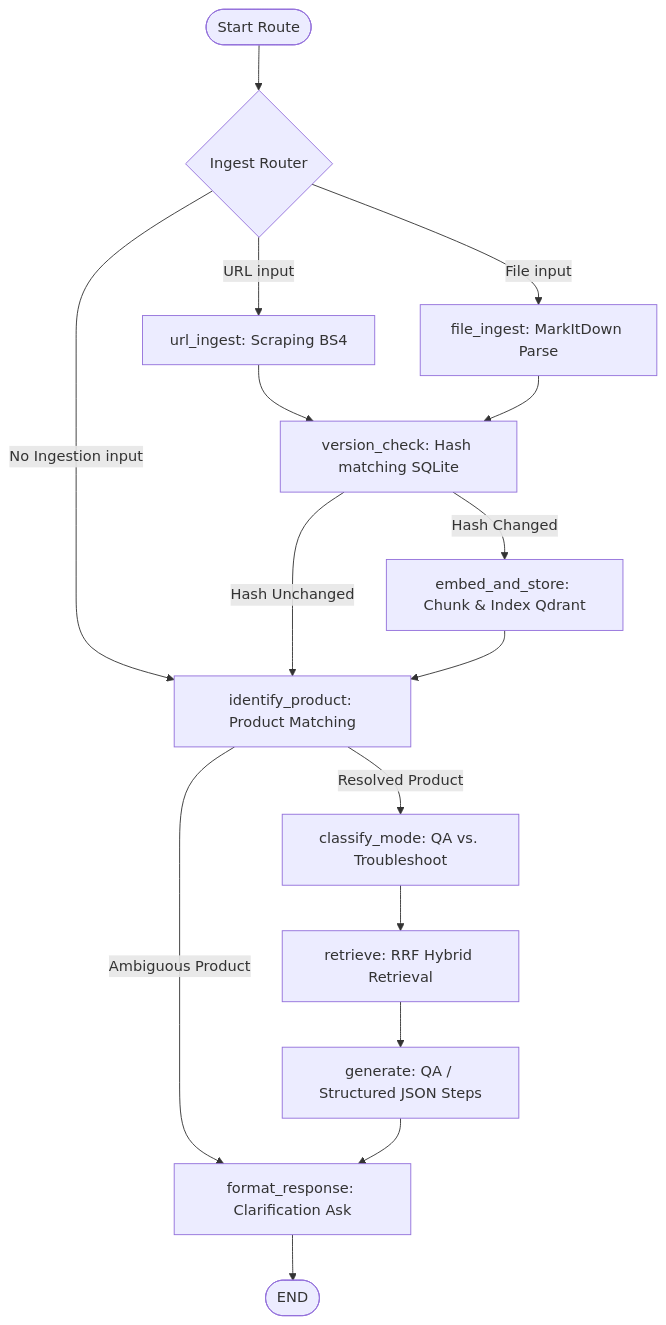
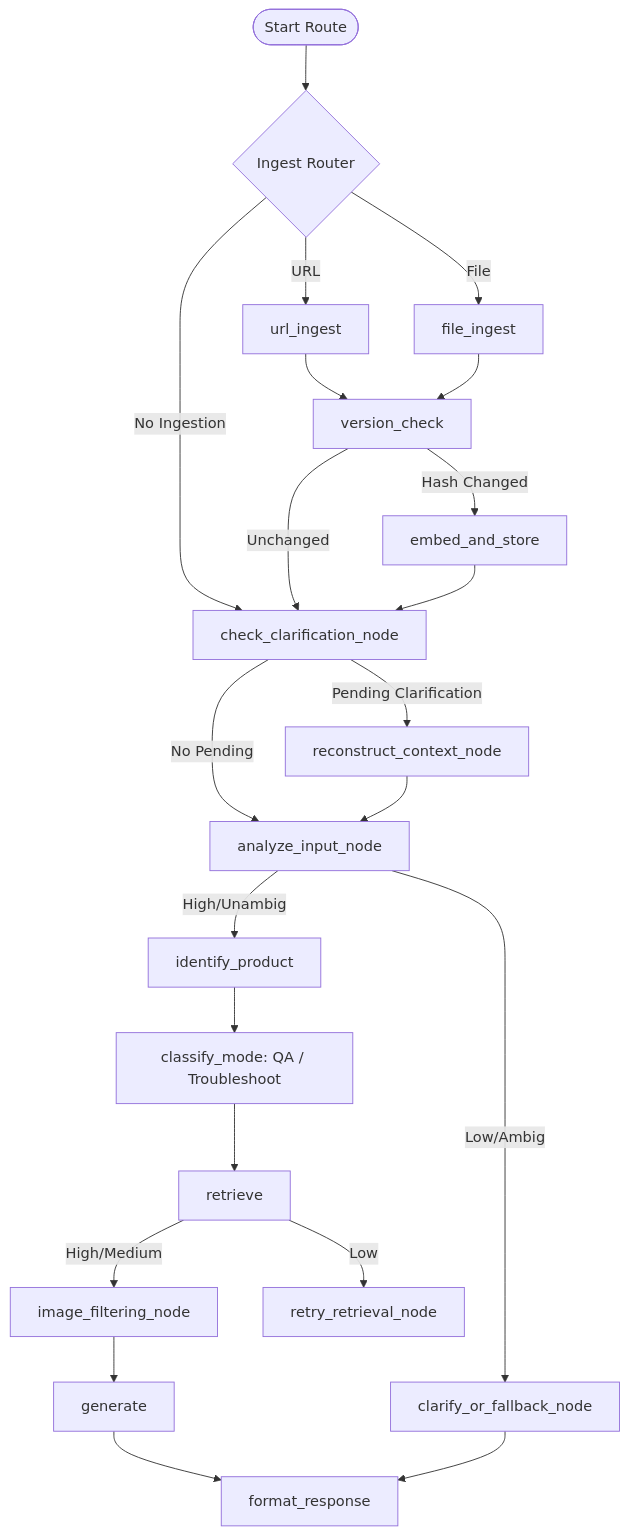
One commit to Santhosh-p653/rag-multimodal-assistant changed the eighth of 8 diagrams in architecture.md. Above: the diagram before and after it, drawn with Mermaid. The commit also changed other lines of this file and 3 other files, not shown here.

````diff
--- a/architecture.md
+++ b/architecture.md
@@ -165,24 +208,32 @@
 ```mermaid
 graph TD
     Start([Start Route]) --> Router{Ingest Router}
     
-    Router -->|URL input| URL[url_ingest: Scraping BS4]
-    Router -->|File input| File[file_ingest: MarkItDown Parse]
-    Router -->|No Ingestion input| ID[identify_product: Product Matching]
+    Router -->|URL| URL[url_ingest]
+    Router -->|File| File[file_ingest]
+    Router -->|No Ingestion| CheckClar[check_clarification_node]
     
-    URL --> VC[version_check: Hash matching SQLite]
+    URL --> VC[version_check]
     File --> VC
     
-    VC -->|Hash Changed| Embed[embed_and_store: Chunk & Index Qdrant]
-    VC -->|Hash Unchanged| ID
-    Embed --> ID
+    VC -->|Hash Changed| Embed[embed_and_store]
+    VC -->|Unchanged| CheckClar
+    Embed --> CheckClar
     
-    ID -->|Ambiguous Product| Format[format_response: Clarification Ask]
-    ID -->|Resolved Product| Classify[classify_mode: QA vs. Troubleshoot]
+    CheckClar -->|Pending Clarification| Recon[reconstruct_context_node]
+    CheckClar -->|No Pending| Analyze[analyze_input_node]
+    Recon --> Analyze
     
-    Classify --> Retrieve[retrieve: RRF Hybrid Retrieval]
-    Retrieve --> Gen[generate: QA / Structured JSON Steps]
-    Gen --> Format
+    Analyze -->|High/Unambig| ID[identify_product]
+    Analyze -->|Low/Ambig| Clarify[clarify_or_fallback_node]
     
-    Format --> End([END])
+    ID --> Classify[classify_mode: QA / Troubleshoot]
+    Classify --> Retrieve[retrieve]
+    
+    Retrieve -->|High/Medium| Image[image_filtering_node]
+    Retrieve -->|Low| Retry[retry_retrieval_node]
+    
+    Image --> Gen[generate]
+    Gen --> Format[format_response]
+    Clarify --> Format
 ```
````
